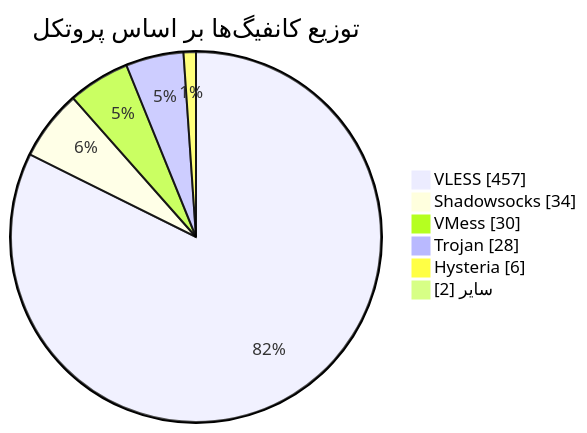
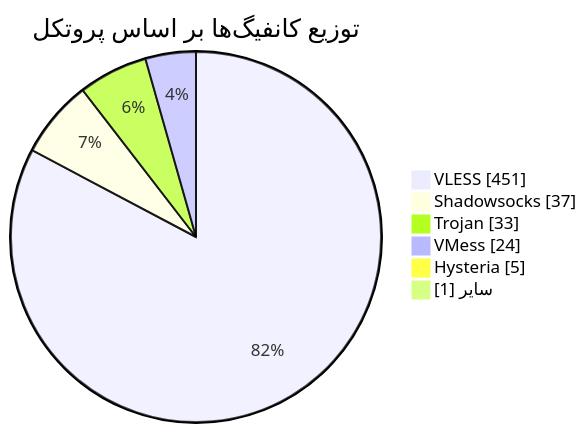
The diagram in README.md (Arian-Alijani/Somthing), drawn with Mermaid before and after one commit. The commit also changed other lines of this file and 89 other files, not shown here.

````diff
--- a/README.md
+++ b/README.md
@@ -48,10 +48,10 @@
 ```mermaid
 pie showData
     title توزیع کانفیگ‌ها بر اساس پروتکل
-    "VLESS" : 457
-    "Shadowsocks" : 34
-    "VMess" : 30
-    "Trojan" : 28
-    "Hysteria" : 6
-    "سایر" : 2
+    "VLESS" : 451
+    "Shadowsocks" : 37
+    "Trojan" : 33
+    "VMess" : 24
+    "Hysteria" : 5
+    "سایر" : 1
 ```
````
